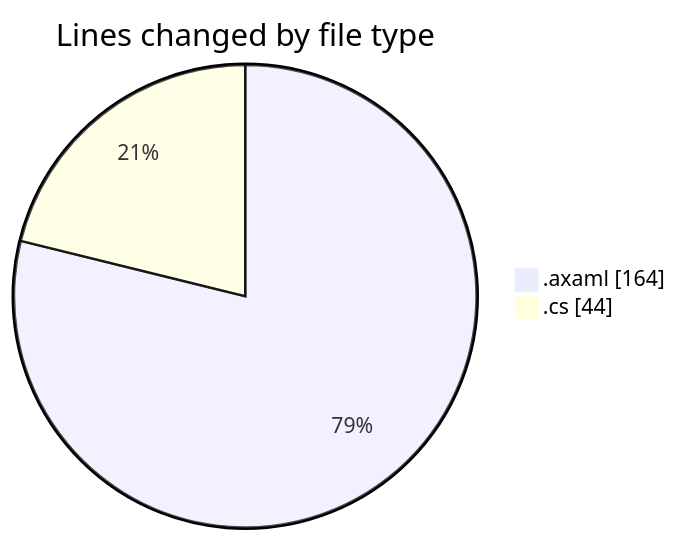
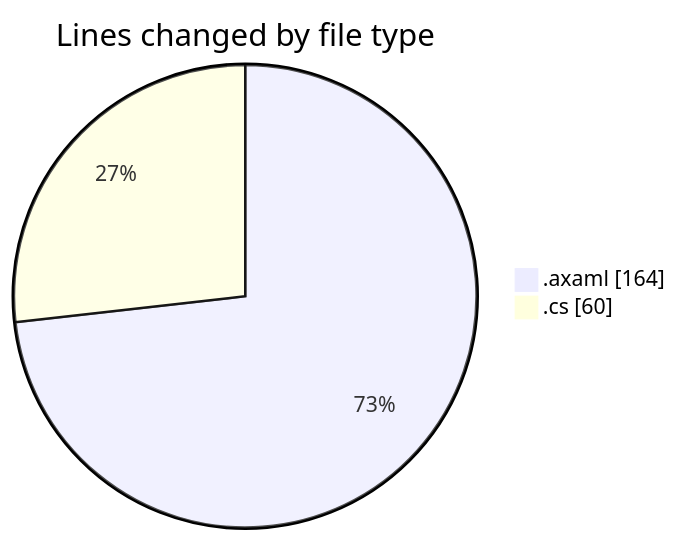
The first of 2 diagrams in 2025-10-24/skintrack/README.md (Netris89/code-tracking), drawn with Mermaid before and after one commit. The commit also changed other lines of this file and 1 other file, not shown here.

````diff
--- a/2025-10-24/skintrack/README.md
+++ b/2025-10-24/skintrack/README.md
@@ -22,6 +22,6 @@
 ```mermaid
 pie showData
 title Lines changed by file type
 ".axaml" : 164
-".cs" : 44
+".cs" : 60
 ```
````
